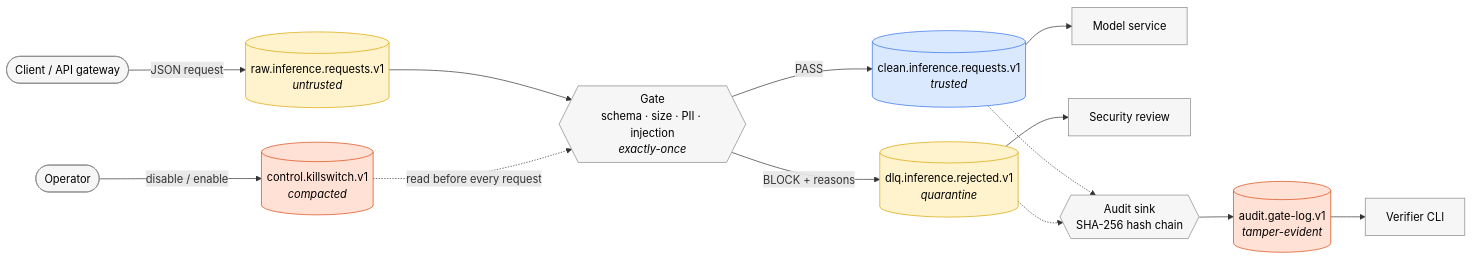
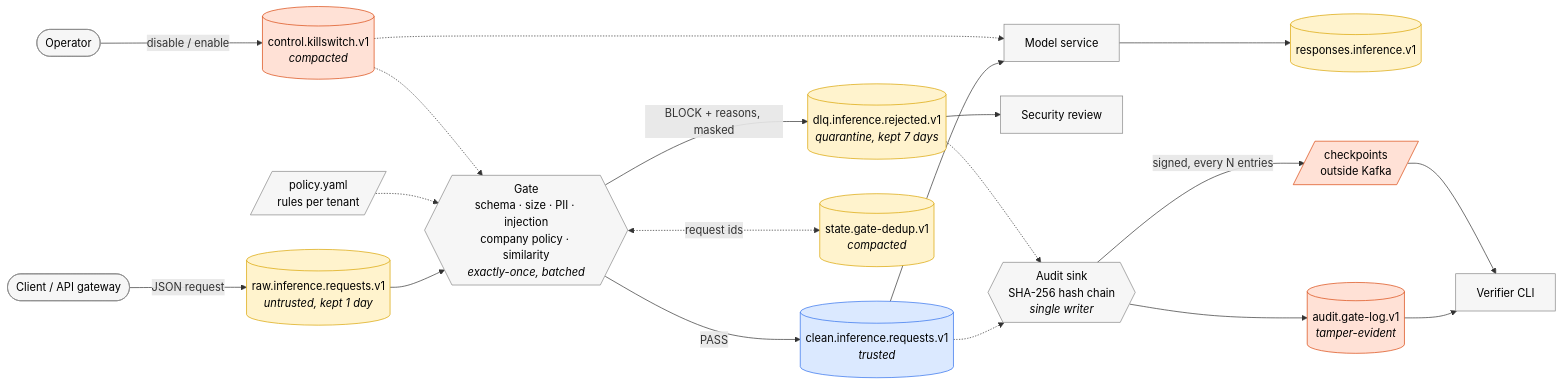
Before and after one commit to asalemeng/kafka-ai-safety-gate: the diagram in README.md, drawn with Mermaid. The commit also changed other lines of this file and 57 other files, not shown here.

````diff
--- a/README.md
+++ b/README.md
@@ -17,24 +17,30 @@
 ```mermaid
 flowchart LR
-    client([Client / API gateway]) -->|JSON request| raw[("raw.inference.requests.v1<br/><i>untrusted</i>")]
-    raw --> gate{{"Gate<br/>schema · size · PII · injection<br/><i>exactly-once</i>"}}
+    client([Client / API gateway]) -->|JSON request| raw[("raw.inference.requests.v1<br/><i>untrusted, kept 1 day</i>")]
+    raw --> gate{{"Gate<br/>schema · size · PII · injection<br/>company policy · similarity<br/><i>exactly-once, batched</i>"}}
+    policy[/"policy.yaml<br/>rules per tenant"/] -.-> gate
     gate -->|PASS| clean[("clean.inference.requests.v1<br/><i>trusted</i>")]
-    gate -->|BLOCK + reasons| dlq[("dlq.inference.rejected.v1<br/><i>quarantine</i>")]
+    gate -->|BLOCK + reasons, masked| dlq[("dlq.inference.rejected.v1<br/><i>quarantine, kept 7 days</i>")]
+    gate <-.->|request ids| dedup[("state.gate-dedup.v1<br/><i>compacted</i>")]
     clean --> model[Model service]
+    model --> responses[("responses.inference.v1")]
     dlq --> review[Security review]
-    clean -.-> sink{{"Audit sink<br/>SHA-256 hash chain"}}
+    clean -.-> sink{{"Audit sink<br/>SHA-256 hash chain<br/><i>single writer</i>"}}
     dlq -.-> sink
     sink --> audit[("audit.gate-log.v1<br/><i>tamper-evident</i>")]
+    sink -->|signed, every N entries| checkpoints[/"checkpoints<br/>outside Kafka"/]
     audit --> verifier[Verifier CLI]
+    checkpoints --> verifier
     operator([Operator]) -->|disable / enable| control[("control.killswitch.v1<br/><i>compacted</i>")]
-    control -.->|read before every request| gate
+    control -.-> gate
+    control -.-> model
 
     classDef topic fill:#fff3cd,stroke:#d9a400,color:#000
     classDef trusted fill:#dbe9ff,stroke:#2f6fed,color:#000
     classDef auditc fill:#ffe1d6,stroke:#d9480f,color:#000
     classDef svc fill:#f6f6f6,stroke:#888,color:#000
-    class raw,dlq topic
+    class raw,dlq,dedup,responses topic
     class clean trusted
-    class audit,control auditc
-    class client,gate,model,review,sink,verifier,operator svc
+    class audit,control,checkpoints auditc
+    class client,gate,model,review,sink,verifier,operator,policy svc
 ```
````
